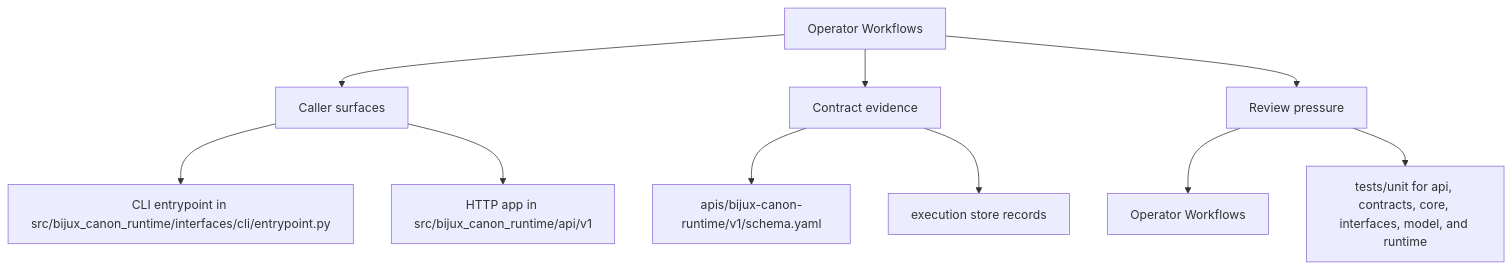
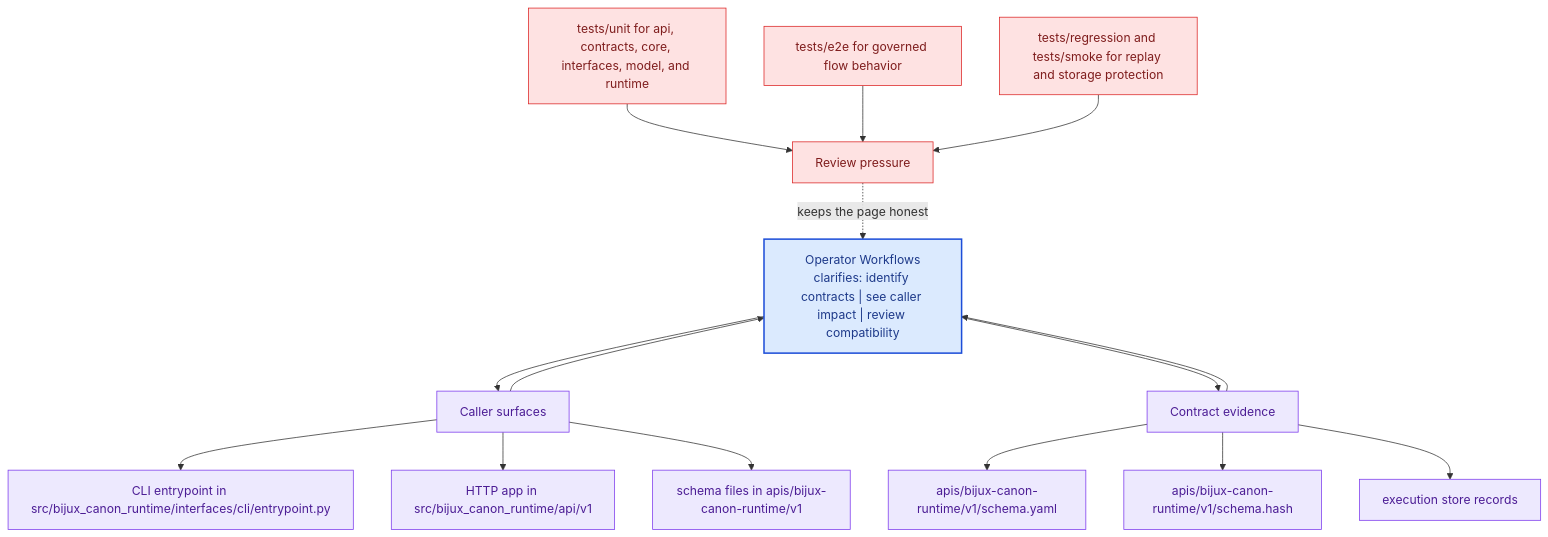
Before and after one commit to bijux/bijux-canon: the second of 2 diagrams in docs/bijux-canon-runtime/interfaces/operator-workflows.md, drawn with Mermaid. The commit also changed other lines of this file and 281 other files, not shown here.

Commit message:
docs(diagrams): deepen handbook mermaid maps across the catalog

````diff
--- a/docs/bijux-canon-runtime/interfaces/operator-workflows.md
+++ b/docs/bijux-canon-runtime/interfaces/operator-workflows.md
@@ -34,22 +67,41 @@
 ```mermaid
-flowchart TD
-    page["Operator Workflows"]
+flowchart TB
+    promise["Operator Workflows<br/>clarifies: identify contracts | see caller impact | review compatibility"]
+    classDef promise fill:#dbeafe,stroke:#1d4ed8,color:#1e3a8a,stroke-width:2px;
+    classDef driver fill:#dcfce7,stroke:#16a34a,color:#14532d;
+    classDef constraint fill:#fee2e2,stroke:#dc2626,color:#7f1d1d;
+    classDef ground fill:#ede9fe,stroke:#7c3aed,color:#4c1d95;
     focus1["Caller surfaces"]
-    page --> focus1
+    focus1 --> promise
+    promise --> focus1
     focus1_1["CLI entrypoint in src/bijux_canon_runtime/interfaces/cli/entrypoint.py"]
     focus1 --> focus1_1
     focus1_2["HTTP app in src/bijux_canon_runtime/api/v1"]
     focus1 --> focus1_2
+    focus1_3["schema files in apis/bijux-canon-runtime/v1"]
+    focus1 --> focus1_3
+    class focus1 ground;
+    class focus1_1,focus1_2,focus1_3 ground;
     focus2["Contract evidence"]
-    page --> focus2
+    focus2 --> promise
+    promise --> focus2
     focus2_1["apis/bijux-canon-runtime/v1/schema.yaml"]
     focus2 --> focus2_1
-    focus2_2["execution store records"]
+    focus2_2["apis/bijux-canon-runtime/v1/schema.hash"]
     focus2 --> focus2_2
+    focus2_3["execution store records"]
+    focus2 --> focus2_3
+    class focus2 ground;
+    class focus2_1,focus2_2,focus2_3 ground;
     focus3["Review pressure"]
-    page --> focus3
-    focus3_1["Operator Workflows"]
-    focus3 --> focus3_1
-    focus3_2["tests/unit for api, contracts, core, interfaces, model, and runtime"]
-    focus3 --> focus3_2
+    focus3 -.keeps the page honest.-> promise
+    focus3_1["tests/unit for api, contracts, core, interfaces, model, and runtime"]
+    focus3_1 --> focus3
+    focus3_2["tests/e2e for governed flow behavior"]
+    focus3_2 --> focus3
+    focus3_3["tests/regression and tests/smoke for replay and storage protection"]
+    focus3_3 --> focus3
+    class focus3 constraint;
+    class focus3_1,focus3_2,focus3_3 constraint;
+    class promise promise;
 ```
````
